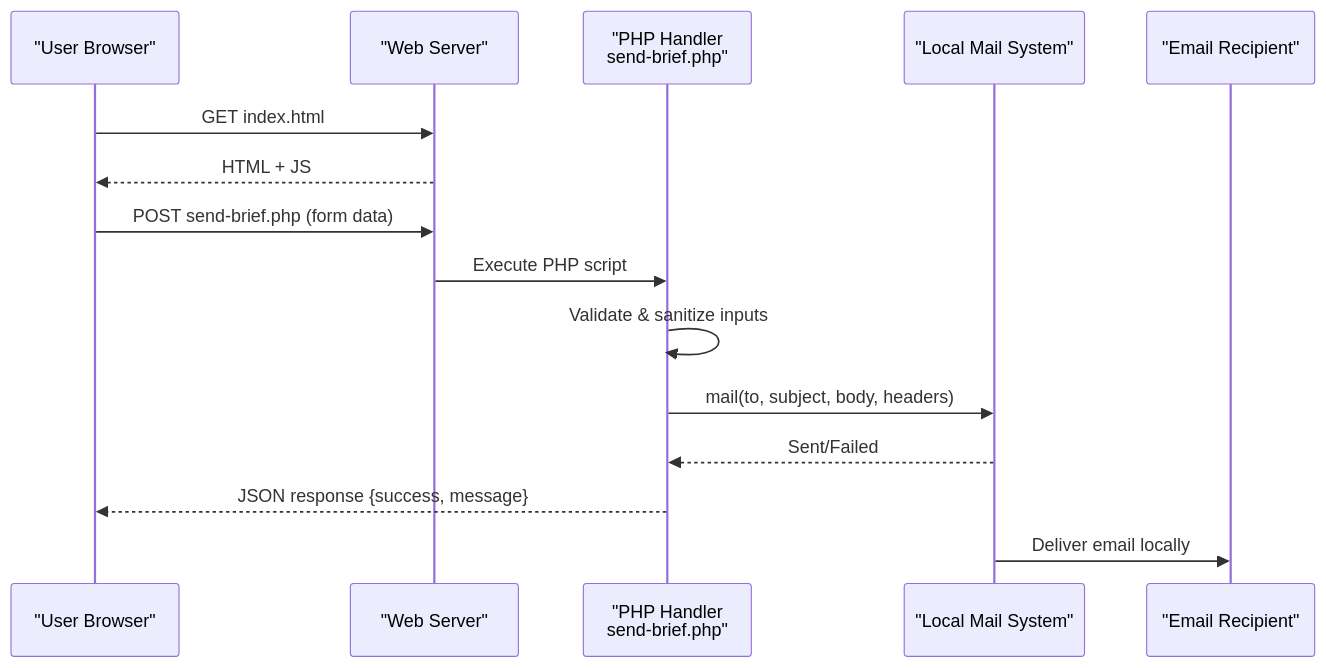
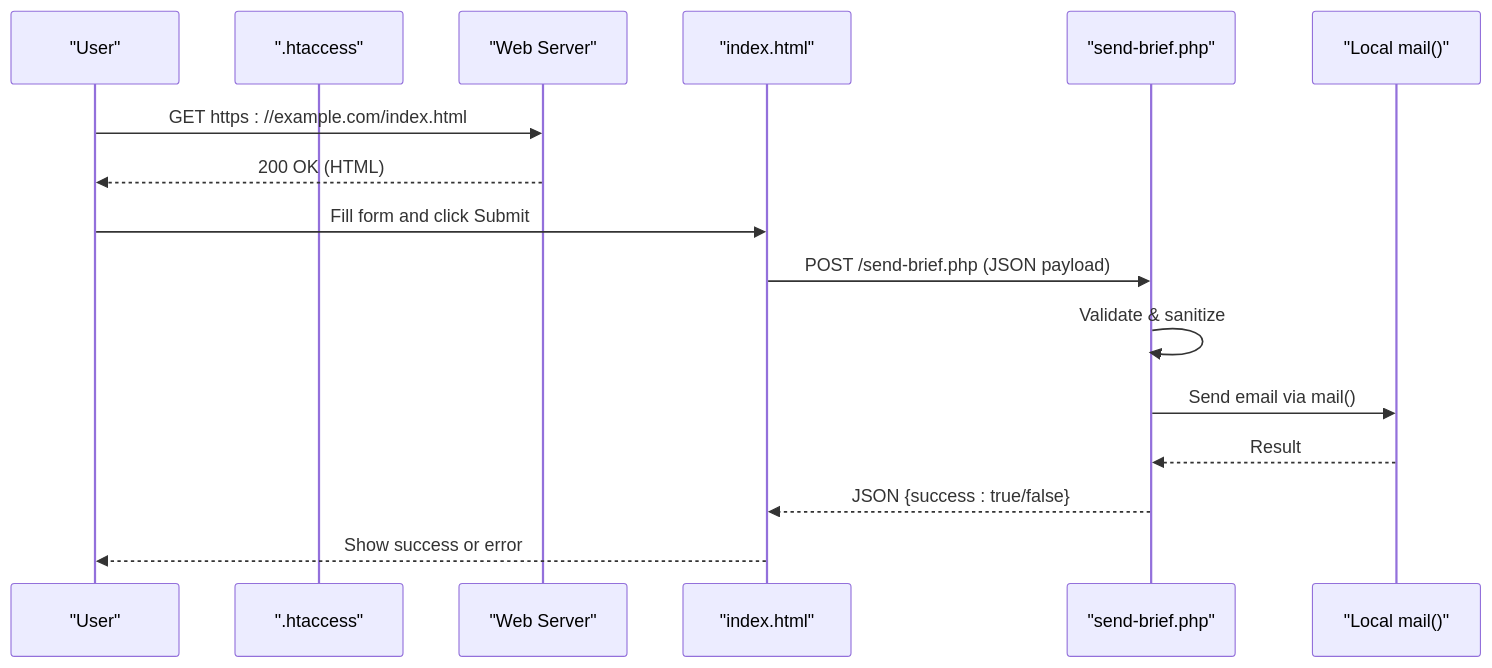
The second of 4 diagrams in .qoder/repowiki/en/content/Quick Start Guide.md (Vostrikov2014/emoo), drawn with Mermaid before and after one commit. The commit also changed other lines of this file and 49 other files, not shown here.

````diff
--- a/.qoder/repowiki/en/content/Quick Start Guide.md
+++ b/.qoder/repowiki/en/content/Quick Start Guide.md
@@ -65,17 +73,18 @@
 ```mermaid
 sequenceDiagram
-participant U as "User Browser"
-participant S as "Web Server"
-participant P as "PHP Handler<br/>send-brief.php"
-participant M as "Local Mail System"
-participant E as "Email Recipient"
-U->>S : GET index.html
-S-->>U : HTML + JS
-U->>S : POST send-brief.php (form data)
-S->>P : Execute PHP script
-P->>P : Validate & sanitize inputs
-P->>M : mail(to, subject, body, headers)
-M-->>P : Sent/Failed
-P-->>U : JSON response {success, message}
-M->>E : Deliver email locally
+participant U as "User"
+participant H as ".htaccess"
+participant W as "Web Server"
+participant F as "index.html"
+participant P as "send-brief.php"
+participant M as "Local mail()"
+U->>W : GET https : //example.com/index.html
+W-->>U : 200 OK (HTML)
+U->>F : Fill form and click Submit
+F->>P : POST /send-brief.php (JSON payload)
+P->>P : Validate & sanitize
+P->>M : Send email via mail()
+M-->>P : Result
+P-->>F : JSON {success : true/false}
+F-->>U : Show success or error
 ```
````
